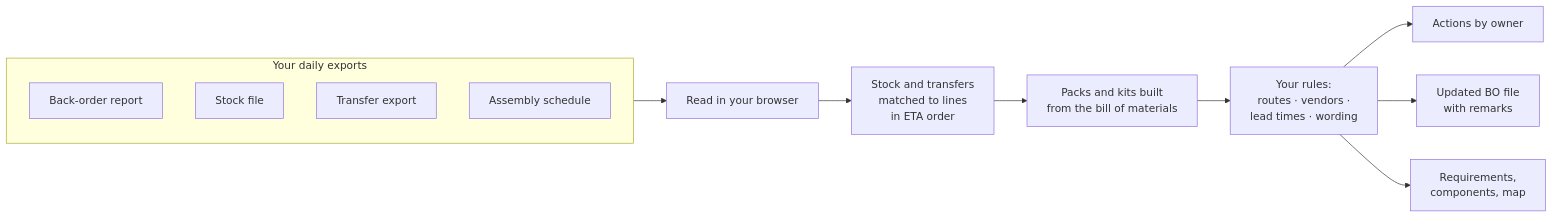
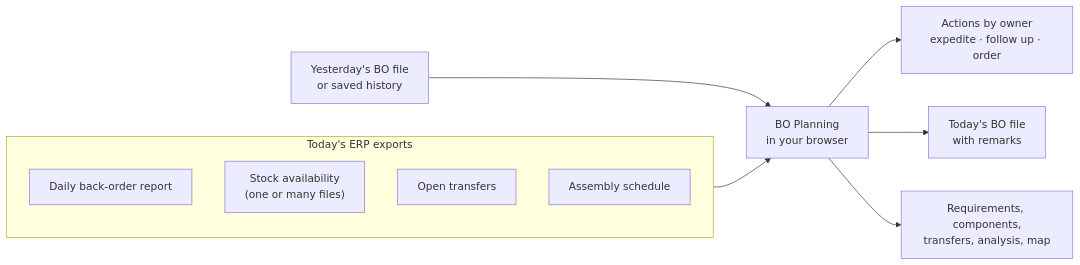
Before and after one commit to Ionianverse/FreightKit: the diagram in README.md, drawn with Mermaid. The commit also changed other lines of this file and 10 other files, not shown here.

First line of the commit message:
README as a BO Planning product page; daily BO file rules and reserve warehouses

````diff
--- a/README.md
+++ b/README.md
@@ -60,16 +38,14 @@
 ```mermaid
 flowchart LR
-    subgraph IN["Your daily exports"]
-      A1["Back-order report"]
-      A2["Stock file"]
-      A3["Transfer export"]
+    subgraph IN["Today's ERP exports"]
+      A1["Daily back-order report"]
+      A2["Stock availability<br/>(one or many files)"]
+      A3["Open transfers"]
       A4["Assembly schedule"]
     end
-    IN --> B["Read in your browser"]
-    B --> C["Stock and transfers<br/>matched to lines<br/>in ETA order"]
-    C --> D["Packs and kits built<br/>from the bill of materials"]
-    D --> E["Your rules:<br/>routes · vendors ·<br/>lead times · wording"]
-    E --> F1["Actions by owner"]
-    E --> F2["Updated BO file<br/>with remarks"]
-    E --> F3["Requirements,<br/>components, map"]
+    Y["Yesterday's BO file<br/>or saved history"] --> P
+    IN --> P["BO Planning<br/>in your browser"]
+    P --> O1["Actions by owner<br/>expedite · follow up · order"]
+    P --> O2["Today's BO file<br/>with remarks"]
+    P --> O3["Requirements, components,<br/>transfers, analysis, map"]
 ```
````
